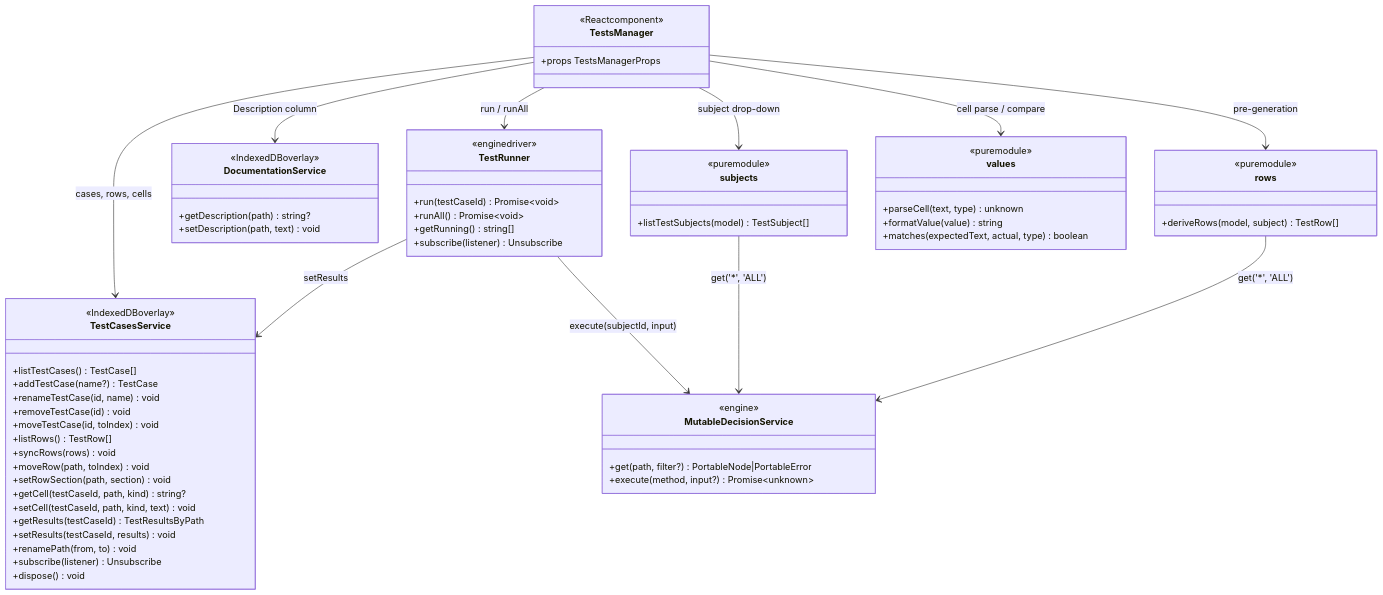
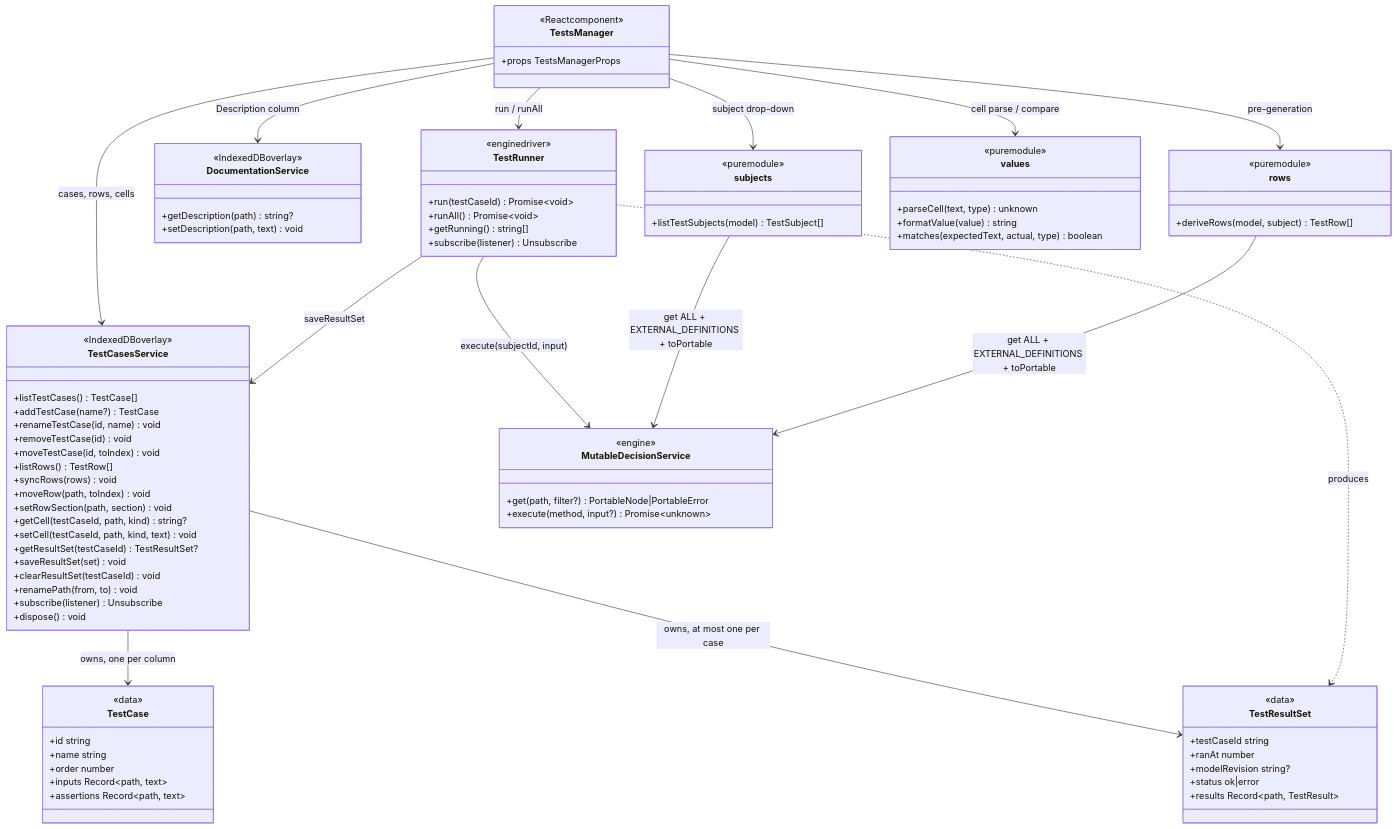
Before and after one commit to rimvydasb/edgerules-react: the first of 4 diagrams in docs/TESTS_MANAGER_STORY.md, drawn with Mermaid. The commit also changed other lines of this file and 1 other file, not shown here.

````diff
--- a/docs/TESTS_MANAGER_STORY.md
+++ b/docs/TESTS_MANAGER_STORY.md
@@ -226,12 +310,31 @@
         +setRowSection(path, section) void
         +getCell(testCaseId, path, kind) string?
         +setCell(testCaseId, path, kind, text) void
-        +getResults(testCaseId) TestResultsByPath
-        +setResults(testCaseId, results) void
+        +getResultSet(testCaseId) TestResultSet?
+        +saveResultSet(set) void
+        +clearResultSet(testCaseId) void
         +renamePath(from, to) void
         +subscribe(listener) Unsubscribe
         +dispose() void
     }
+    class TestCase {
+        <<data>>
+        +id string
+        +name string
+        +order number
+        +inputs Record~path, text~
+        +assertions Record~path, text~
+    }
+    class TestResultSet {
+        <<data>>
+        +testCaseId string
+        +ranAt number
+        +modelRevision string?
+        +status ok|error
+        +results Record~path, TestResult~
+    }
+    TestCasesService --> TestCase: owns, one per column
+    TestCasesService --> TestResultSet: owns, at most one per case
     class TestRunner {
         <<enginedriver>>
         +run(testCaseId) Promise~void~
@@ -239,6 +342,7 @@
         +getRunning() string[]
         +subscribe(listener) Unsubscribe
     }
+    TestRunner ..> TestResultSet: produces
     class MutableDecisionService {
         <<engine>>
         +get(path, filter?) PortableNode|PortableError
@@ -271,7 +375,7 @@
     TestsManager --> rows: pre-generation
     TestsManager --> values: cell parse / compare
     TestRunner --> MutableDecisionService: execute(subjectId, input)
-    TestRunner --> TestCasesService: setResults
-    subjects --> MutableDecisionService: get('*', 'ALL')
-    rows --> MutableDecisionService: get('*', 'ALL')
+    TestRunner --> TestCasesService: saveResultSet
+    subjects --> MutableDecisionService: get ALL + EXTERNAL_DEFINITIONS + toPortable
+    rows --> MutableDecisionService: get ALL + EXTERNAL_DEFINITIONS + toPortable
 ```
````
